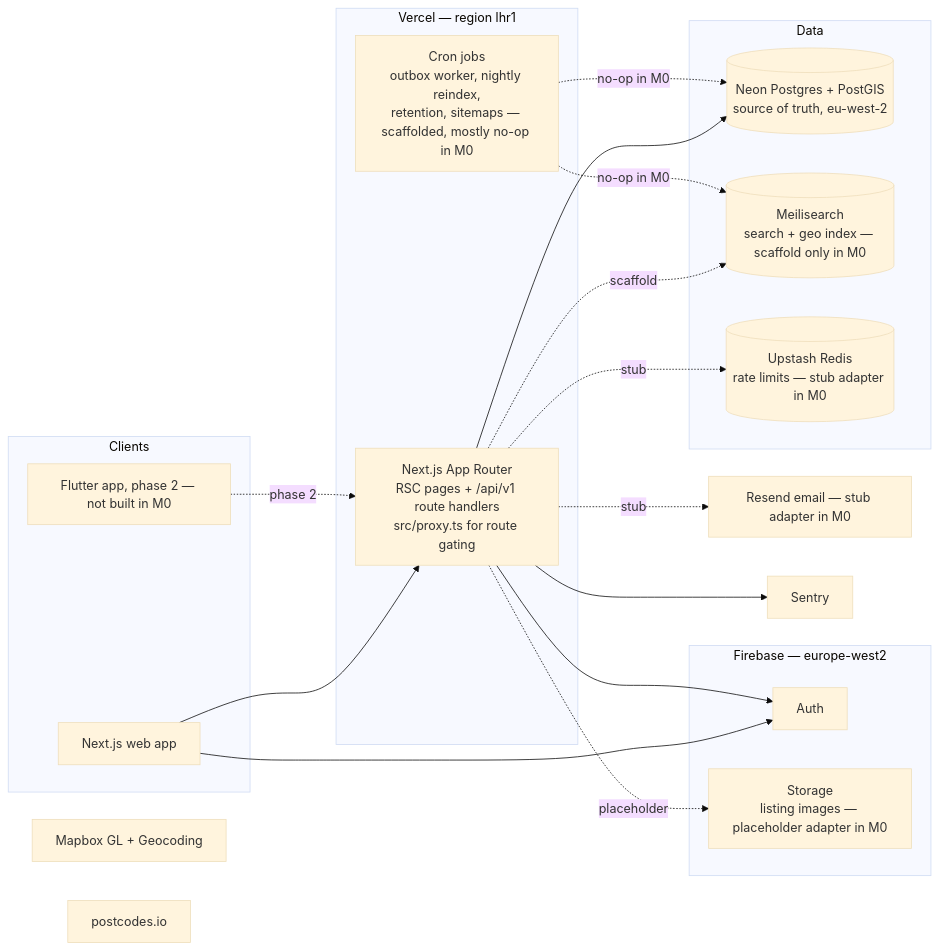
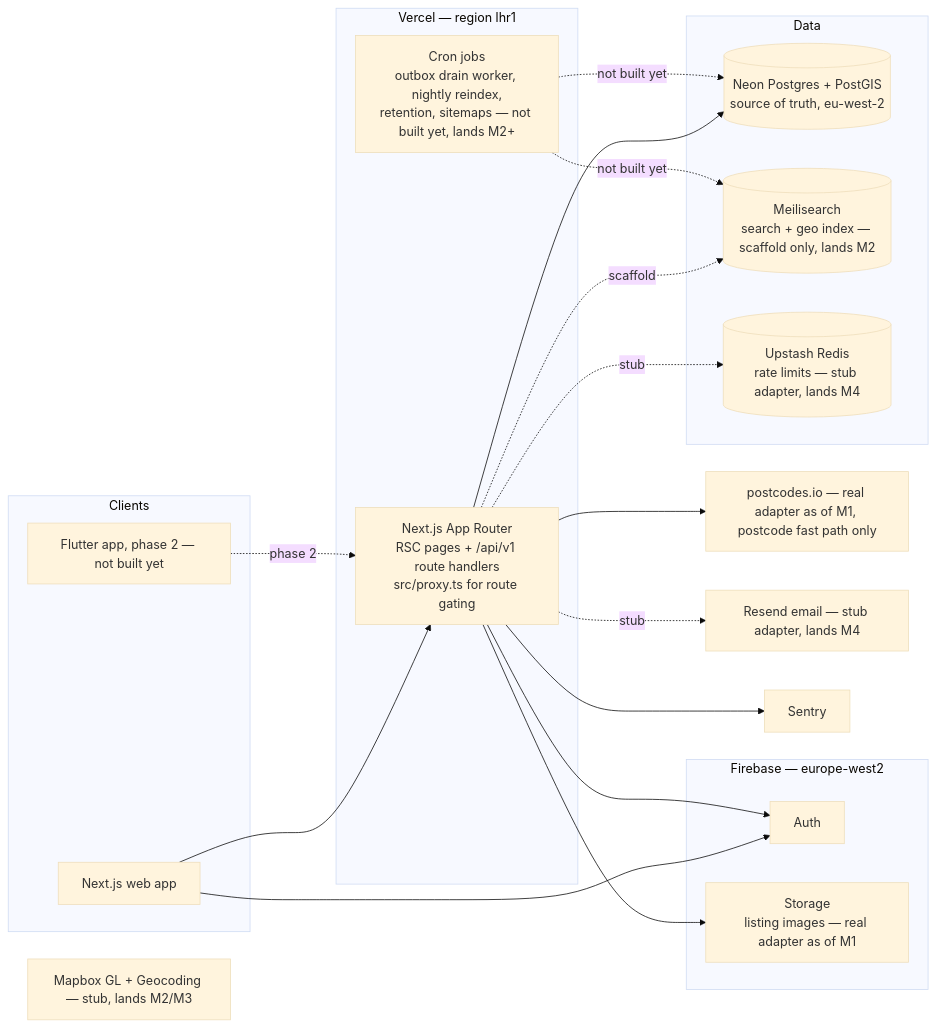
One commit to its-me-anoop/doorstep changed the first of 4 diagrams in docs/ARCHITECTURE.md. Above: the diagram before and after it, drawn with Mermaid (base theme). The commit also changed other lines of this file and 2 other files, not shown here.

Commit message:
docs: M1 architecture, image pipeline and setup updates

````diff
--- a/docs/ARCHITECTURE.md
+++ b/docs/ARCHITECTURE.md
@@ -23,37 +25,38 @@
 ```mermaid
 flowchart LR
   subgraph Clients
     W[Next.js web app]
-    F[Flutter app, phase 2 — not built in M0]
+    F[Flutter app, phase 2 — not built yet]
   end
   subgraph Vercel[Vercel — region lhr1]
     N[Next.js App Router\nRSC pages + /api/v1 route handlers\nsrc/proxy.ts for route gating]
-    C[Cron jobs\noutbox worker, nightly reindex,\nretention, sitemaps — scaffolded, mostly no-op in M0]
+    C[Cron jobs\noutbox drain worker, nightly reindex,\nretention, sitemaps — not built yet, lands M2+]
   end
   subgraph Data
     P[(Neon Postgres + PostGIS\nsource of truth, eu-west-2)]
-    M[(Meilisearch\nsearch + geo index — scaffold only in M0)]
-    R2[(Upstash Redis\nrate limits — stub adapter in M0)]
+    M[(Meilisearch\nsearch + geo index — scaffold only, lands M2)]
+    R2[(Upstash Redis\nrate limits — stub adapter, lands M4)]
   end
   subgraph Firebase[Firebase — europe-west2]
     A[Auth]
-    S[Storage\nlisting images — placeholder adapter in M0]
+    S[Storage\nlisting images — real adapter as of M1]
   end
-  MB[Mapbox GL + Geocoding]
-  PIO[postcodes.io]
-  RE[Resend email — stub adapter in M0]
+  MB[Mapbox GL + Geocoding — stub, lands M2/M3]
+  PIO[postcodes.io — real adapter as of M1, postcode fast path only]
+  RE[Resend email — stub adapter, lands M4]
   SEN[Sentry]
 
   W --> N
   F -.phase 2.-> N
   W --> A
   N --> A
   N --> P
   N -.scaffold.-> M
   N -.stub.-> R2
-  N -.placeholder.-> S
+  N --> S
   N -.stub.-> RE
+  N --> PIO
   N --> SEN
-  C -.no-op in M0.-> P
-  C -.no-op in M0.-> M
+  C -.not built yet.-> P
+  C -.not built yet.-> M
 ```
````
